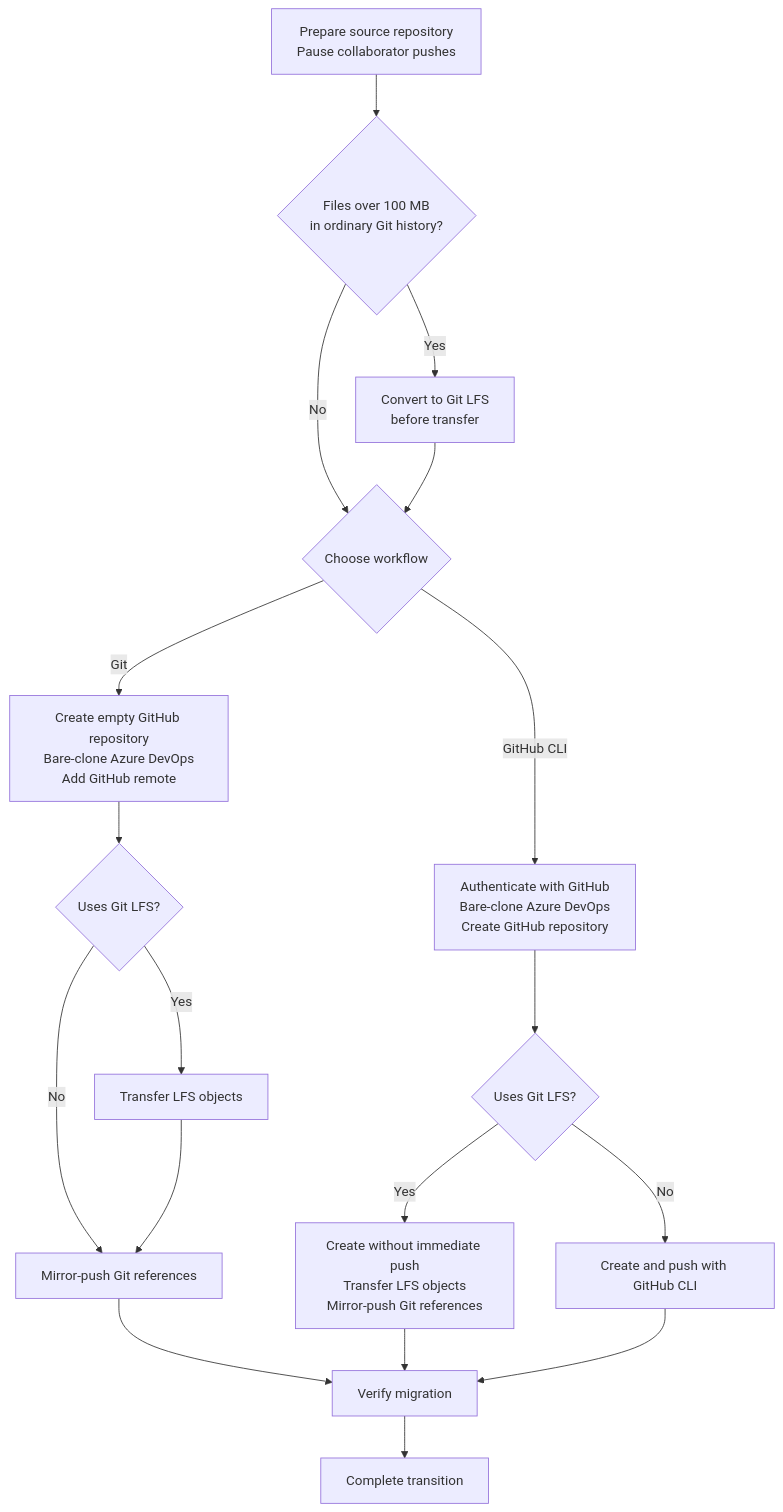
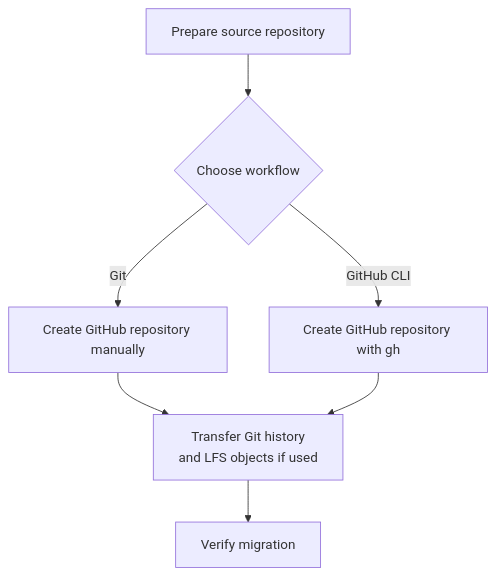
Before and after one commit to groovy-sky/azure: the diagram in devops-to-github-02/README.md, drawn with Mermaid. The commit also changed other lines of this file and 3 other files, not shown here.

````diff
--- a/devops-to-github-02/README.md
+++ b/devops-to-github-02/README.md
@@ -69,24 +78,9 @@
 ```mermaid
 flowchart TD
-    A["Prepare source repository<br/>Pause collaborator pushes"] --> B{"Files over 100 MB<br/>in ordinary Git history?"}
-    B -->|Yes| C["Convert to Git LFS<br/>before transfer"]
-    B -->|No| D{"Choose workflow"}
-    C --> D
-
-    D -->|Git| E["Create empty GitHub repository<br/>Bare-clone Azure DevOps<br/>Add GitHub remote"]
-    D -->|GitHub CLI| F["Authenticate with GitHub<br/>Bare-clone Azure DevOps<br/>Create GitHub repository"]
-
-    E --> G{"Uses Git LFS?"}
-    G -->|Yes| H["Transfer LFS objects"]
-    G -->|No| I["Mirror-push Git references"]
-    H --> I
-
-    F --> J{"Uses Git LFS?"}
-    J -->|Yes| K["Create without immediate push<br/>Transfer LFS objects<br/>Mirror-push Git references"]
-    J -->|No| L["Create and push with GitHub CLI"]
-
-    I --> M["Verify migration"]
-    K --> M
-    L --> M
-    M --> N["Complete transition"]
+  A["Prepare source repository"] --> B{"Choose workflow"}
+  B -->|Git| C["Create GitHub repository manually"]
+  B -->|GitHub CLI| D["Create GitHub repository with gh"]
+  C --> E["Transfer Git history<br/>and LFS objects if used"]
+  D --> E
+  E --> F["Verify migration"]
 ```
````
